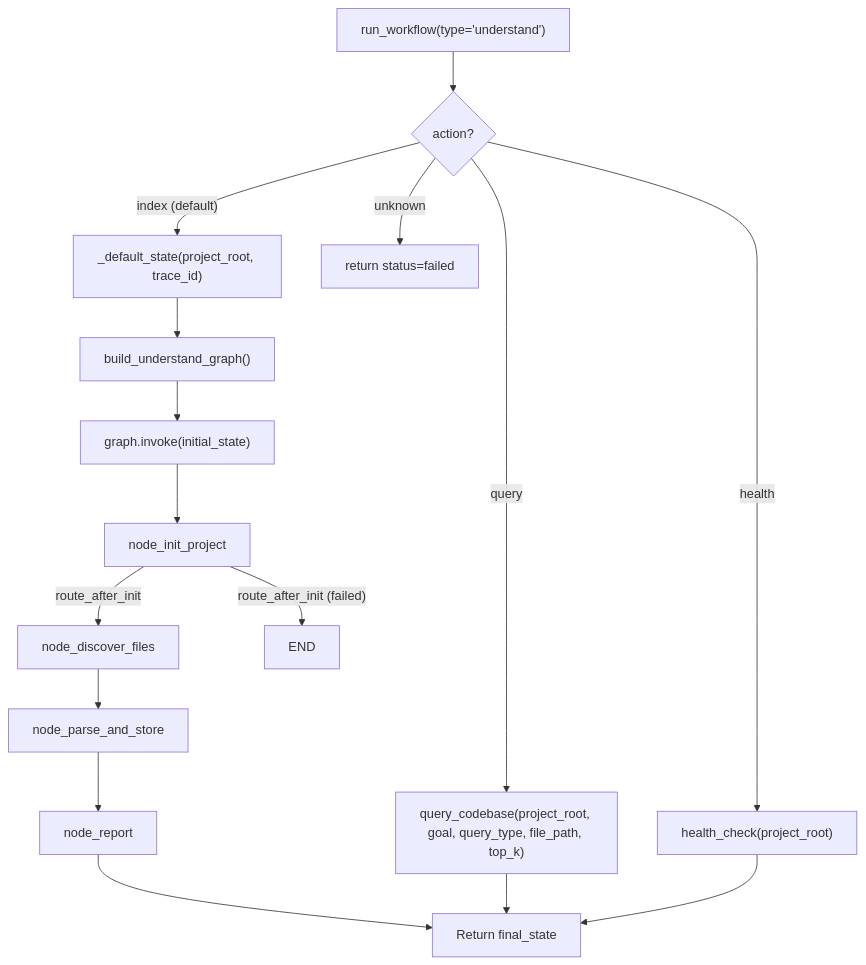
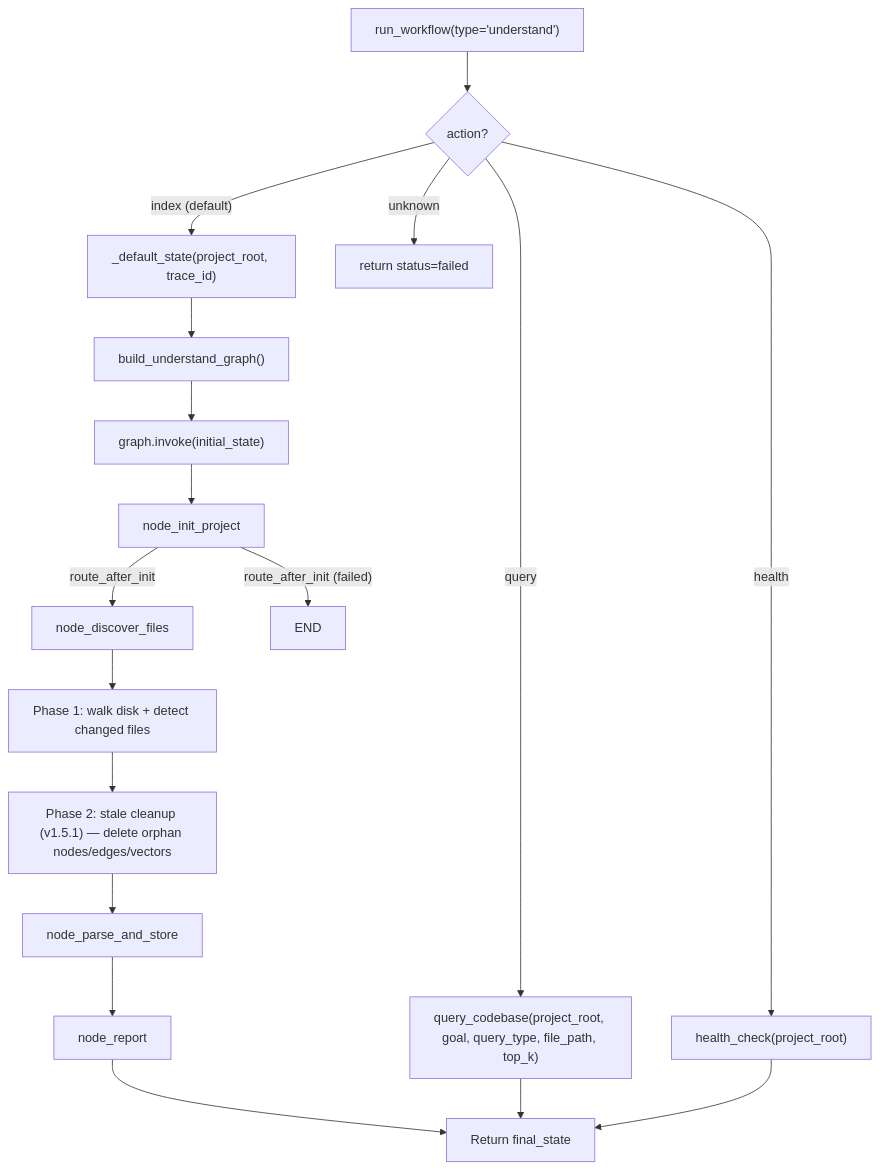
One commit to brunogcar/agent changed the diagram in docs/workflows/understand/ARCHITECTURE.md. Above: the diagram before and after it, drawn with Mermaid. The commit also changed other lines of this file and 19 other files, not shown here.

````diff
--- a/docs/workflows/understand/ARCHITECTURE.md
+++ b/docs/workflows/understand/ARCHITECTURE.md
@@ -51,18 +52,20 @@
 ```mermaid
 graph TD
     A["run_workflow(type='understand')"] --> ACT{"action?"}
     ACT -->|"index (default)"| B["_default_state(project_root, trace_id)"]
     ACT -->|"query"| Q["query_codebase(project_root, goal, query_type, file_path, top_k)"]
     ACT -->|"health"| H["health_check(project_root)"]
     ACT -->|"unknown"| FAIL["return status=failed"]
     B --> C["build_understand_graph()"]
     C --> D["graph.invoke(initial_state)"]
     D --> E["node_init_project"]
     E -->|"route_after_init"| F["node_discover_files"]
     E -->|"route_after_init (failed)"| END["END"]
-    F --> G["node_parse_and_store"]
+    F --> F2["Phase 1: walk disk + detect changed files"]
+    F2 --> F3["Phase 2: stale cleanup (v1.5.1) — delete orphan nodes/edges/vectors"]
+    F3 --> G["node_parse_and_store"]
     G --> H2["node_report"]
     H2 --> I["Return final_state"]
     Q --> I
     H --> I
 ```
````
